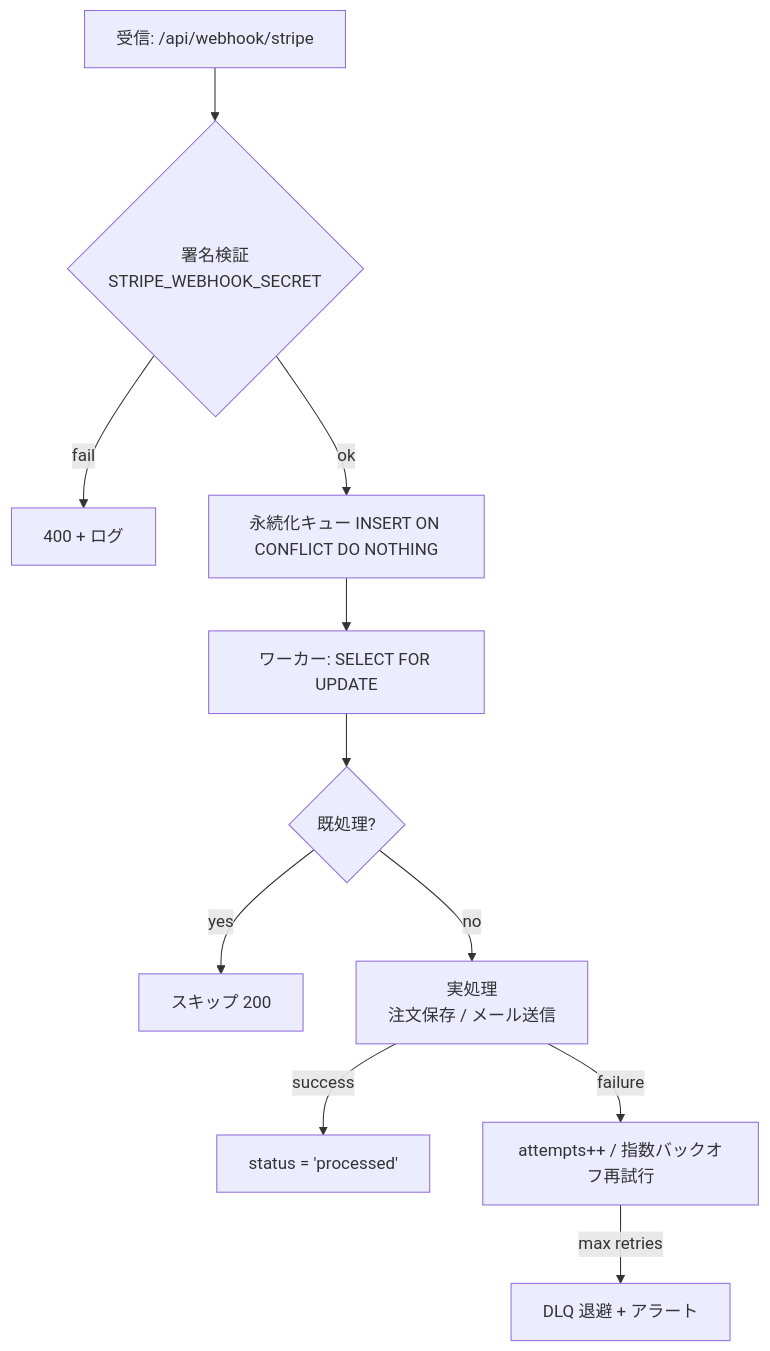
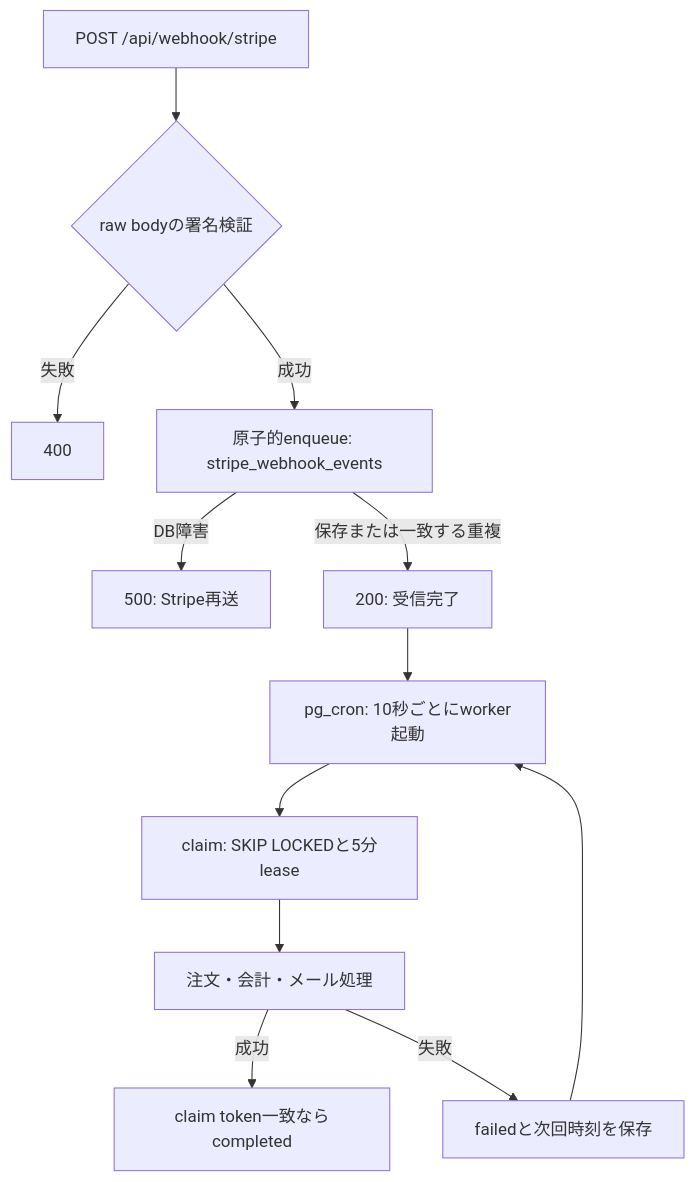
Before and after one commit to ChocoWork/o_official: the first of 3 diagrams in docs/4_DetailDesign/13_checkout.md, drawn with Mermaid. The commit also changed other lines of this file and 39 other files, not shown here.

````diff
--- a/docs/4_DetailDesign/13_checkout.md
+++ b/docs/4_DetailDesign/13_checkout.md
@@ -98,13 +141,14 @@
 ```mermaid
 flowchart TD
-  A[受信: /api/webhook/stripe] --> B{署名検証\nSTRIPE_WEBHOOK_SECRET}
-  B -- fail --> C[400 + ログ]
-  B -- ok --> D[永続化キュー INSERT ON CONFLICT DO NOTHING]
-  D --> E[ワーカー: SELECT FOR UPDATE]
-  E --> F{既処理?}
-  F -- yes --> G[スキップ 200]
-  F -- no --> H[実処理\n注文保存 / メール送信]
-  H -- success --> I[status = 'processed']
-  H -- failure --> J[attempts++ / 指数バックオフ再試行]
-  J -- max retries --> K[DLQ 退避 + アラート]
+  A[POST /api/webhook/stripe] --> B{raw bodyの署名検証}
+  B -- 失敗 --> C[400]
+  B -- 成功 --> D[原子的enqueue: stripe_webhook_events]
+  D -- DB障害 --> E[500: Stripe再送]
+  D -- 保存または一致する重複 --> F[200: 受信完了]
+  F --> G[pg_cron: 10秒ごとにworker起動]
+  G --> H[claim: SKIP LOCKEDと5分lease]
+  H --> I[注文・会計・メール処理]
+  I -- 成功 --> J[claim token一致ならcompleted]
+  I -- 失敗 --> K[failedと次回時刻を保存]
+  K --> G
 ```
````
